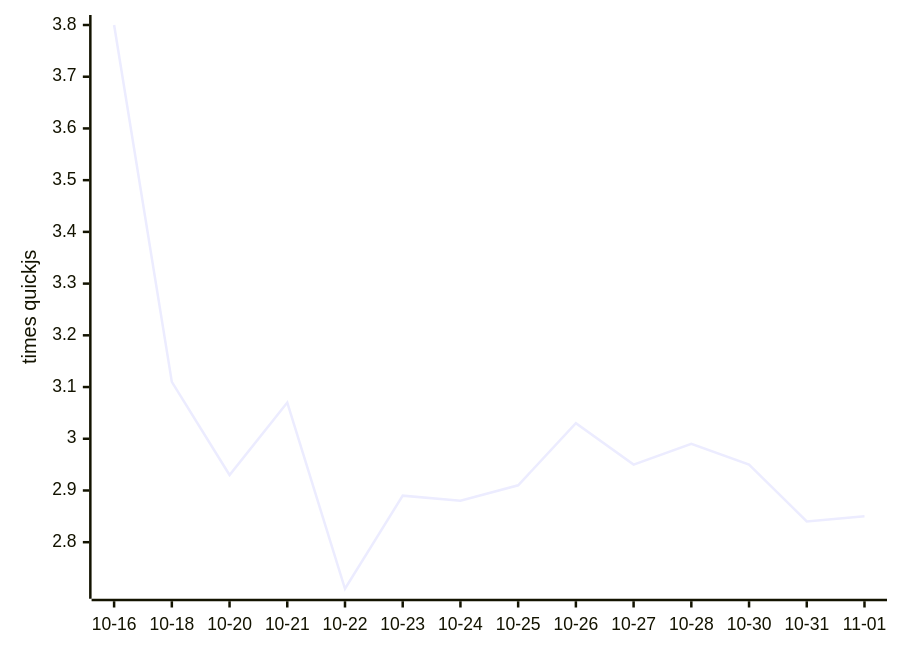
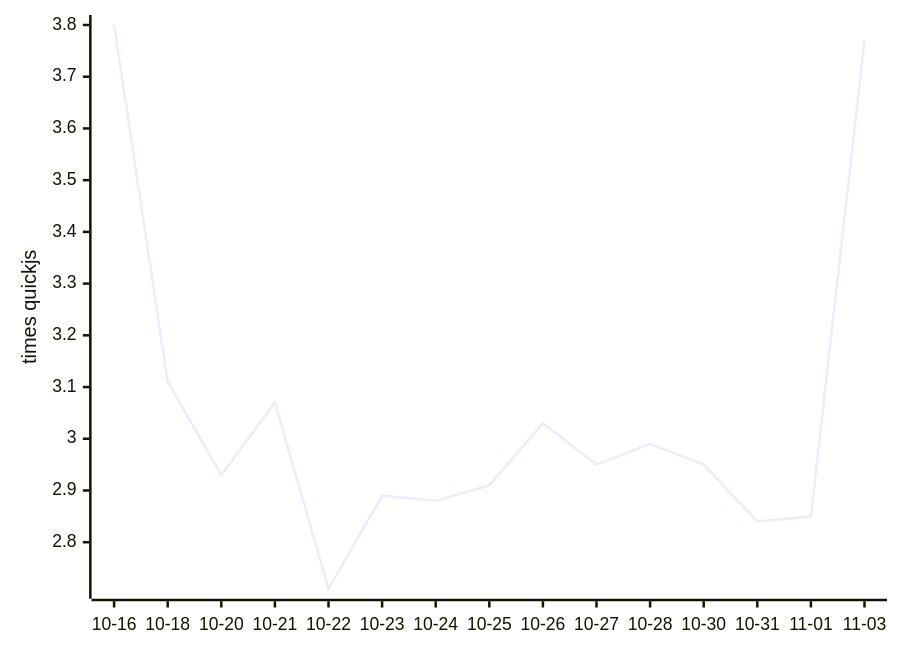
One commit to mozzius/kahvi changed the diagram in README.md. Above: the diagram before and after it, drawn with Mermaid. The commit also changed other lines of this file and 1 other file, not shown here.

````diff
--- a/README.md
+++ b/README.md
@@ -9,6 +9,6 @@
 ```mermaid
 xychart-beta
-  x-axis ["10-16", "10-18", "10-20", "10-21", "10-22", "10-23", "10-24", "10-25", "10-26", "10-27", "10-28", "10-30", "10-31", "11-01"]
+  x-axis ["10-16", "10-18", "10-20", "10-21", "10-22", "10-23", "10-24", "10-25", "10-26", "10-27", "10-28", "10-30", "10-31", "11-01", "11-03"]
   y-axis "times quickjs"
-  line [3.80, 3.11, 2.93, 3.07, 2.71, 2.89, 2.88, 2.91, 3.03, 2.95, 2.99, 2.95, 2.84, 2.85]
+  line [3.80, 3.11, 2.93, 3.07, 2.71, 2.89, 2.88, 2.91, 3.03, 2.95, 2.99, 2.95, 2.84, 2.85, 3.77]
 ```
````
